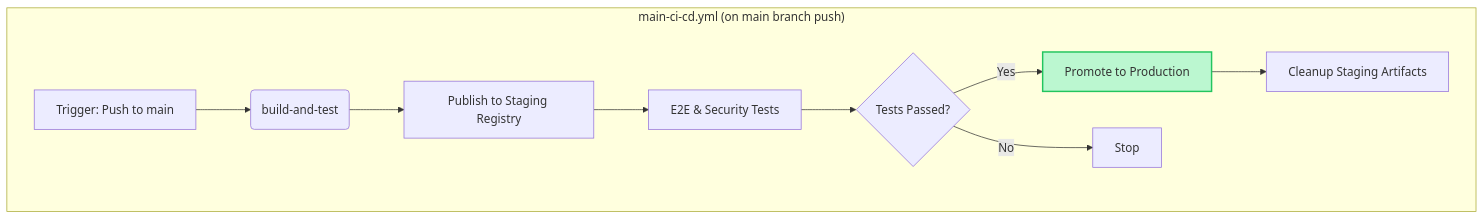
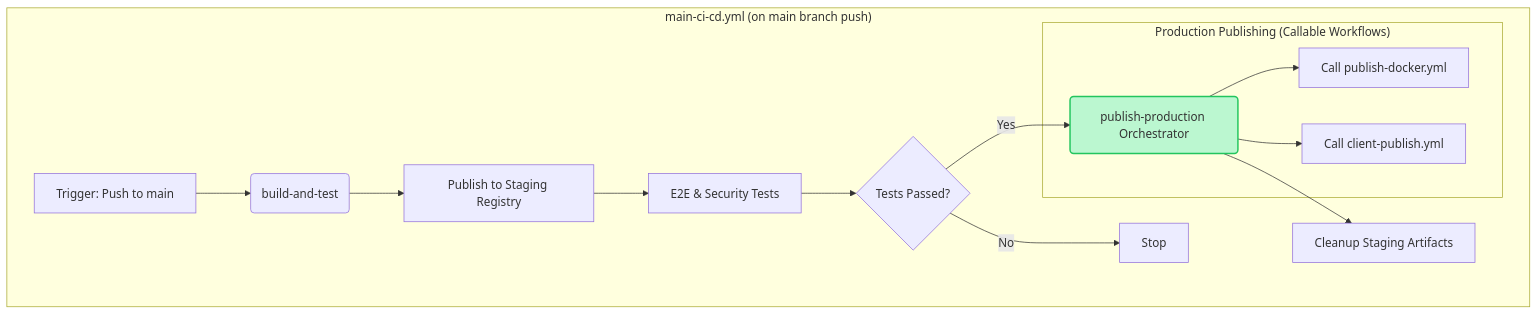
The diagram in docs/improvements/planned/consolidated-ci-publishing.md (hitoshura25/mpo-api-authn-server), drawn with Mermaid before and after one commit. The commit also changed other lines of this file, not shown here.

````diff
--- a/docs/improvements/planned/consolidated-ci-publishing.md
+++ b/docs/improvements/planned/consolidated-ci-publishing.md
@@ -39,16 +39,21 @@
 ```mermaid
 graph TD
     subgraph "main-ci-cd.yml (on main branch push)"
         A[Trigger: Push to main] --> B(build-and-test);
         B --> B_Stage[Publish to Staging Registry];
         B_Stage --> C_Test[E2E & Security Tests];
         
         C_Test --> D{Tests Passed?};
-        D -- Yes --> E[Promote to Production];
+        D -- Yes --> E_Orchestrator(publish-production Orchestrator);
         D -- No --> F[Stop];
         
-        E --> G[Cleanup Staging Artifacts];
+        subgraph "Production Publishing (Callable Workflows)"
+            E_Orchestrator --> E1[Call publish-docker.yml];
+            E_Orchestrator --> E2[Call client-publish.yml];
+        end
+
+        E_Orchestrator --> G[Cleanup Staging Artifacts];
     end
 
-    style E fill:#bbf7d0,stroke:#22c55e,stroke-width:2px
+    style E_Orchestrator fill:#bbf7d0,stroke:#22c55e,stroke-width:2px
 ```
````
